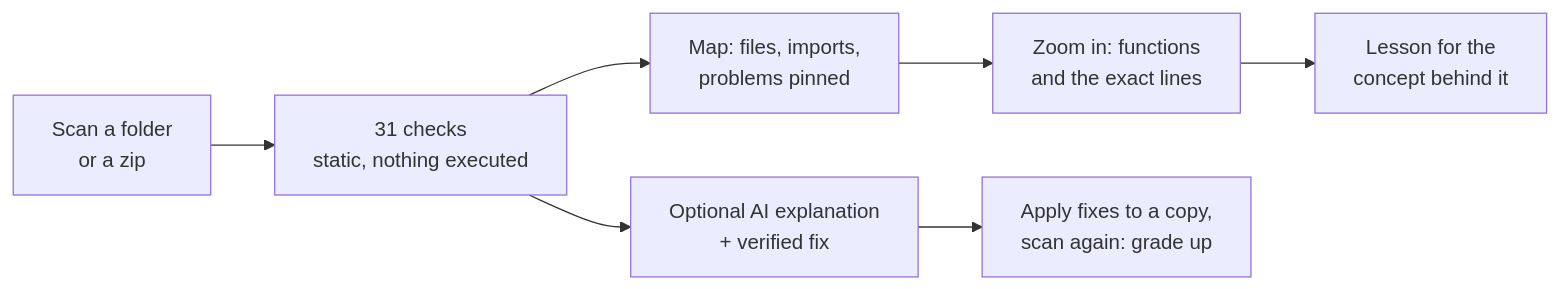
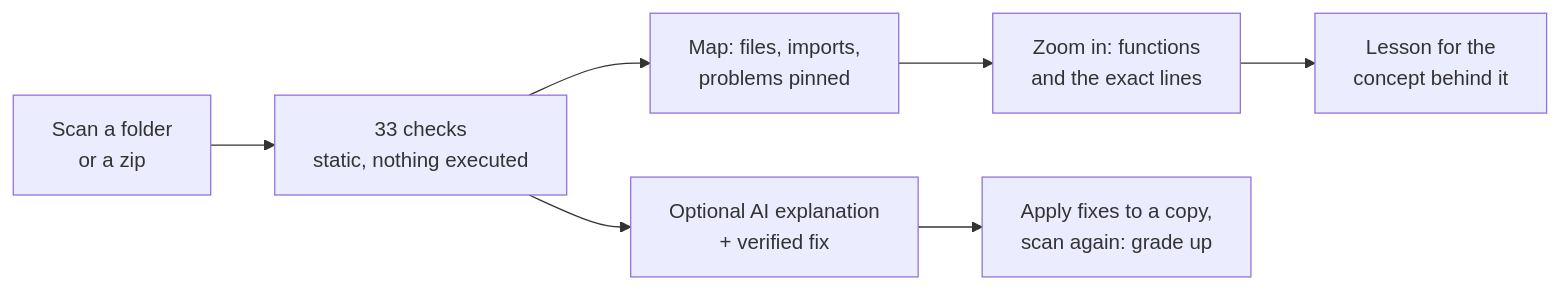
The diagram in README.md (OmarAbuLayla/shipshape), drawn with Mermaid before and after one commit. The commit also changed other lines of this file and 22 other files, not shown here.

````diff
--- a/README.md
+++ b/README.md
@@ -13,9 +13,9 @@
 ```mermaid
 flowchart LR
-    A[Scan a folder<br/>or a zip] --> B[31 checks<br/>static, nothing executed]
+    A[Scan a folder<br/>or a zip] --> B[33 checks<br/>static, nothing executed]
     B --> C[Map: files, imports,<br/>problems pinned]
     C --> D[Zoom in: functions<br/>and the exact lines]
     B --> E[Optional AI explanation<br/>+ verified fix]
     E --> F[Apply fixes to a copy,<br/>scan again: grade up]
     D --> G[Lesson for the<br/>concept behind it]
 ```
````
